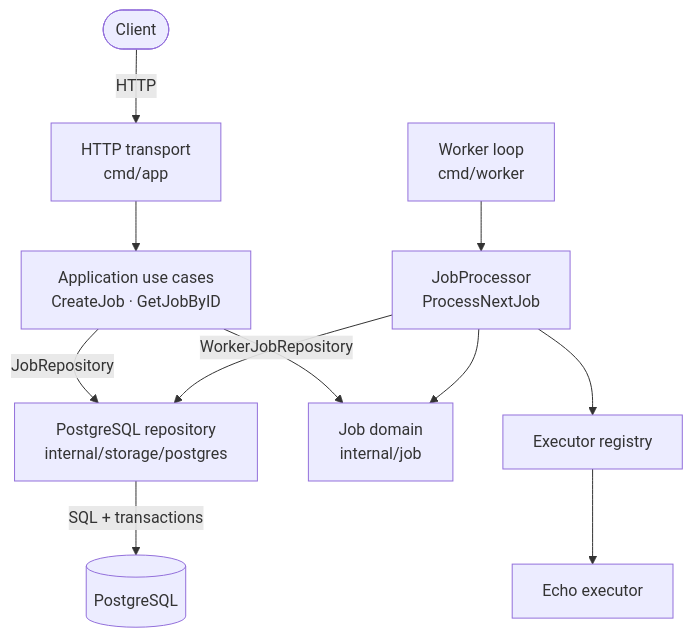
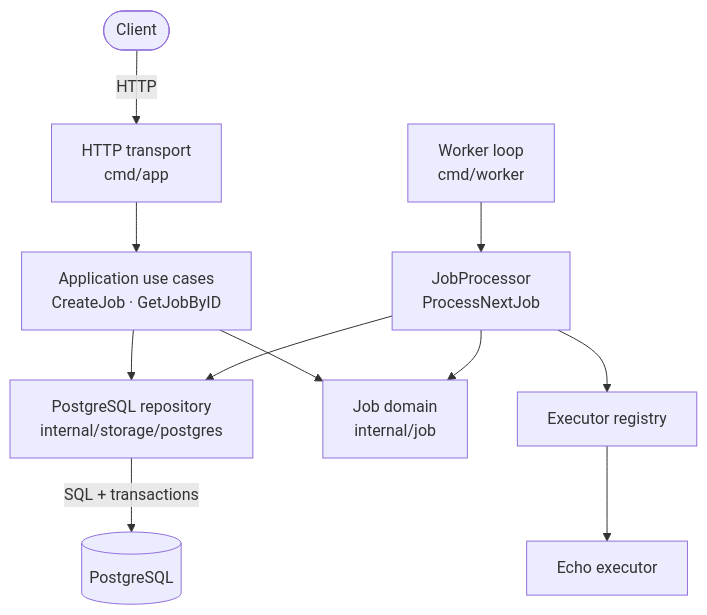
One commit to LeezyWannaFall/GoreFlow changed the first of 2 diagrams in README.md. Above: the diagram before and after it, drawn with Mermaid. The commit also changed 1 other file, not shown here.

````diff
--- a/README.md
+++ b/README.md
@@ -31,17 +31,17 @@
 ```mermaid
 flowchart TB
     Client([Client]) -->|HTTP| API[HTTP transport<br/>cmd/app]
     API --> UseCases[Application use cases<br/>CreateJob · GetJobByID]
 
     Worker[Worker loop<br/>cmd/worker] --> Processor[JobProcessor<br/>ProcessNextJob]
     Processor --> Registry[Executor registry]
     Registry --> Echo[Echo executor]
 
     UseCases --> Job[Job domain<br/>internal/job]
     Processor --> Job
 
     Repository[PostgreSQL repository<br/>internal/storage/postgres]
-    UseCases -->|JobRepository| Repository
-    Processor -->|WorkerJobRepository| Repository
+    UseCases --> Repository
+    Processor --> Repository
     Repository -->|SQL + transactions| PostgreSQL[(PostgreSQL)]
 ```
````
